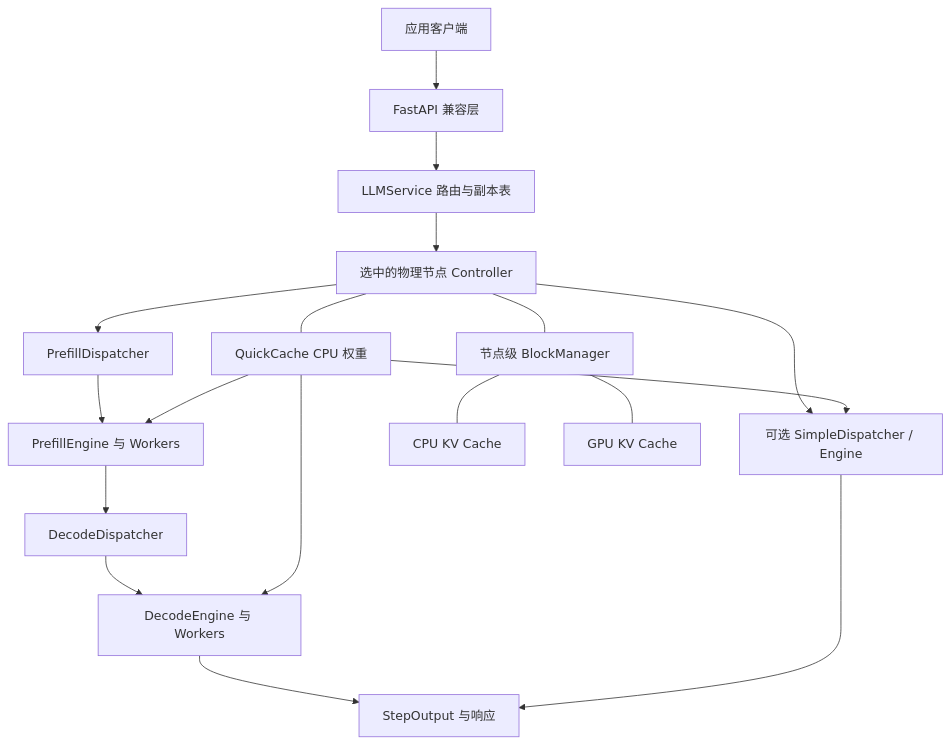
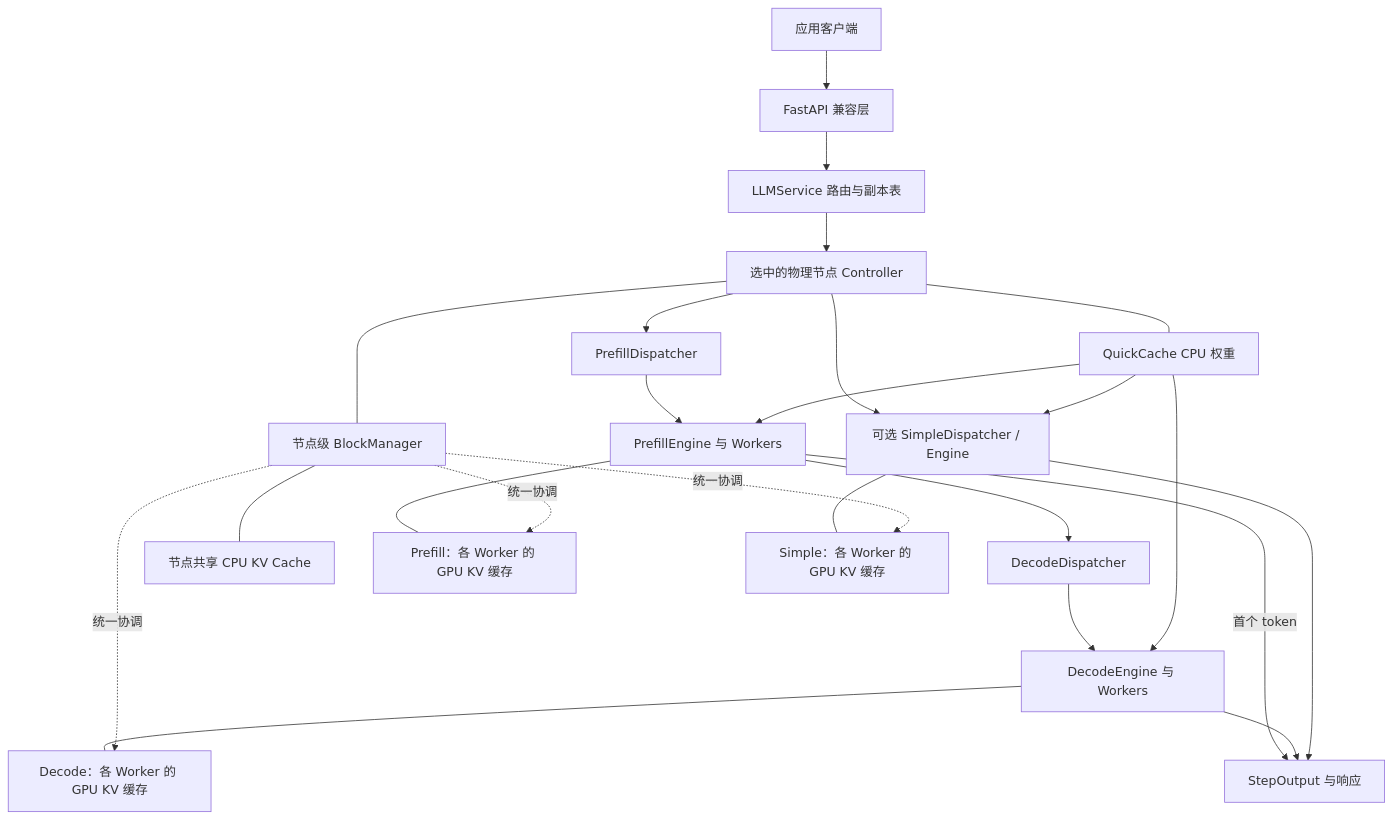
One commit to asceticism-pku/aegaeon-preview changed the diagram in docs/zh/architecture.md. Above: the diagram before and after it, drawn with Mermaid. The commit also changed other lines of this file and 68 other files, not shown here.

````diff
--- a/docs/zh/architecture.md
+++ b/docs/zh/architecture.md
@@ -5,20 +3,26 @@
 ```mermaid
 flowchart TD
     Client[应用客户端] --> API[FastAPI 兼容层]
     API --> Service[LLMService 路由与副本表]
     Service --> Ctrl[选中的物理节点 Controller]
     Ctrl --> PD[PrefillDispatcher]
     PD --> PE[PrefillEngine 与 Workers]
+    PE -->|首个 token| Out[StepOutput 与响应]
     PE --> DD[DecodeDispatcher]
     DD --> DE[DecodeEngine 与 Workers]
-    DE --> Out[StepOutput 与响应]
+    DE --> Out
     Ctrl --> Simple[可选 SimpleDispatcher / Engine]
     Simple --> Out
     Ctrl --- BM[节点级 BlockManager]
-    BM --- CPU[CPU KV Cache]
-    BM --- GPU[GPU KV Cache]
+    BM --- CPU[节点共享 CPU KV Cache]
+    PE --- PKV[Prefill：各 Worker 的 GPU KV 缓存]
+    DE --- DKV[Decode：各 Worker 的 GPU KV 缓存]
+    Simple --- SKV[Simple：各 Worker 的 GPU KV 缓存]
+    BM -. 统一协调 .-> PKV
+    BM -. 统一协调 .-> DKV
+    BM -. 统一协调 .-> SKV
     Ctrl --- QC[QuickCache CPU 权重]
     QC --> PE
     QC --> DE
     QC --> Simple
 ```
````
